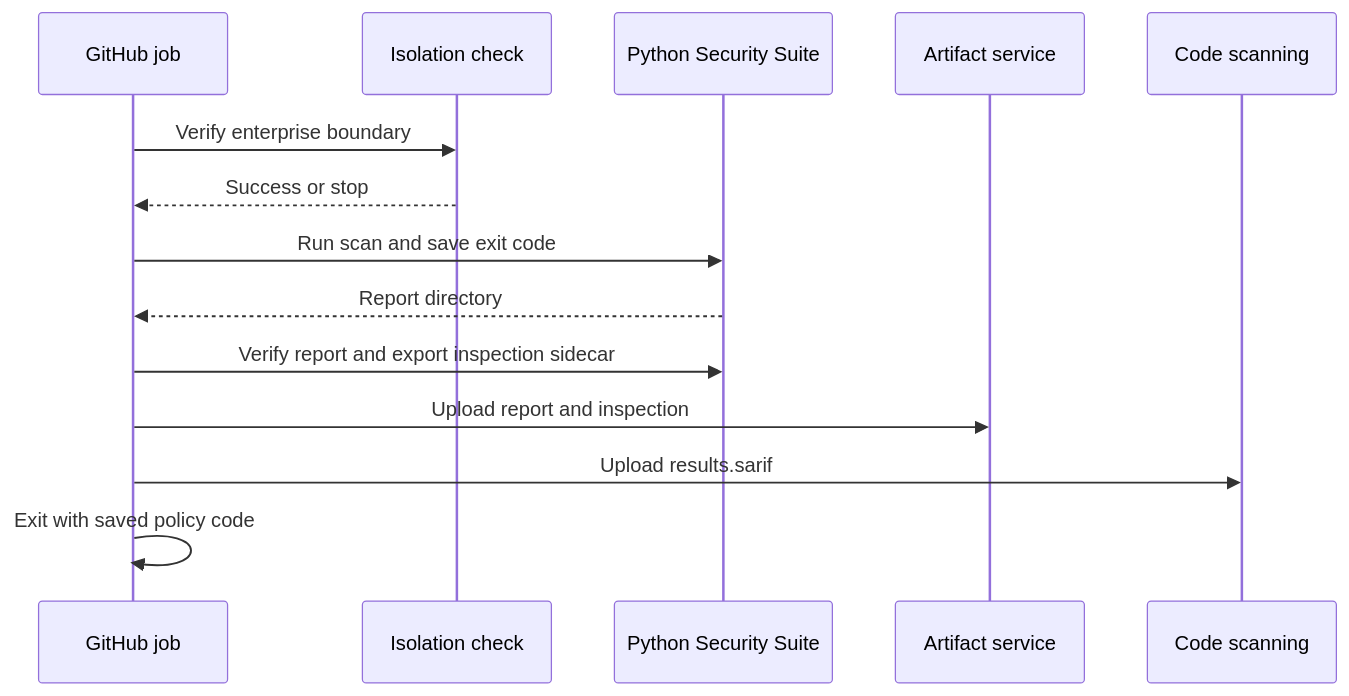
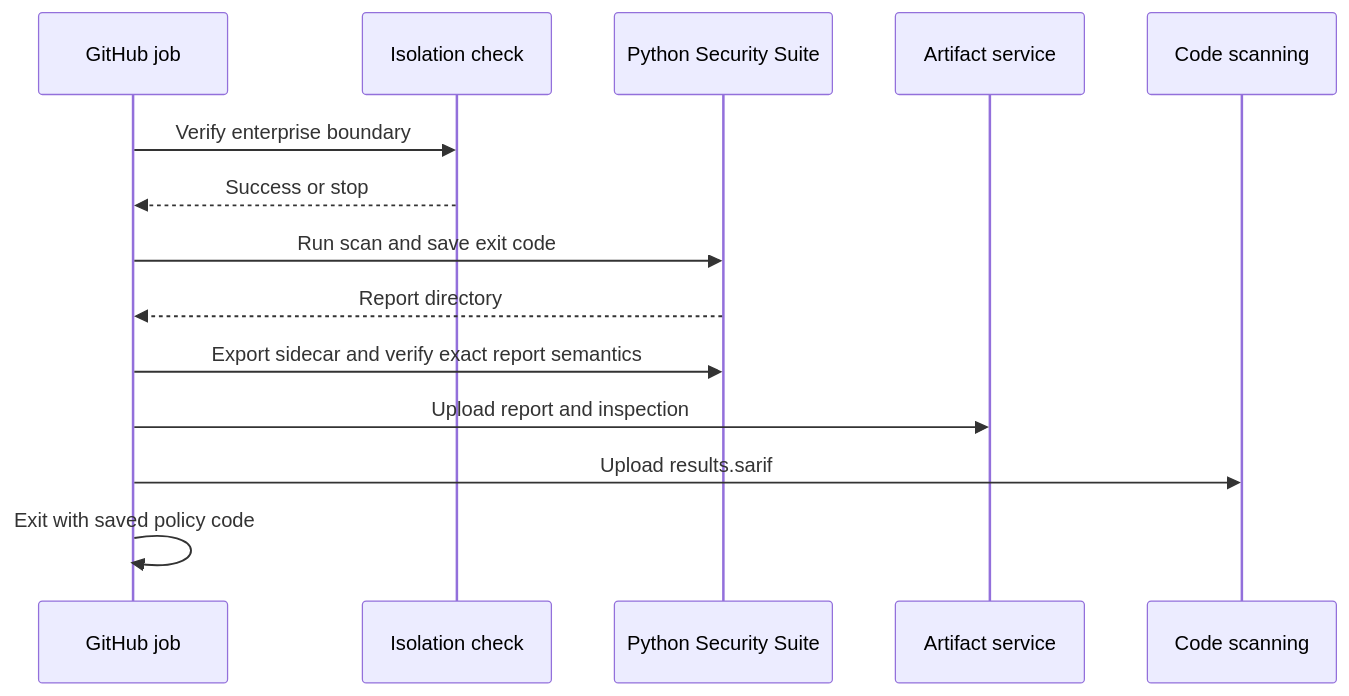
Before and after one commit to willtran87/project-py-security-suite: the second of 2 diagrams in docs/operations.md, drawn with Mermaid. The commit also changed other lines of this file and 10 other files, not shown here.

````diff
--- a/docs/operations.md
+++ b/docs/operations.md
@@ -353,17 +353,17 @@
 ```mermaid
 sequenceDiagram
     participant Job as GitHub job
     participant Guard as Isolation check
     participant Scan as Python Security Suite
     participant Artifact as Artifact service
     participant SARIF as Code scanning
 
     Job->>Guard: Verify enterprise boundary
     Guard-->>Job: Success or stop
     Job->>Scan: Run scan and save exit code
     Scan-->>Job: Report directory
-    Job->>Scan: Verify report and export inspection sidecar
+    Job->>Scan: Export sidecar and verify exact report semantics
     Job->>Artifact: Upload report and inspection
     Job->>SARIF: Upload results.sarif
     Job->>Job: Exit with saved policy code
 ```
````
